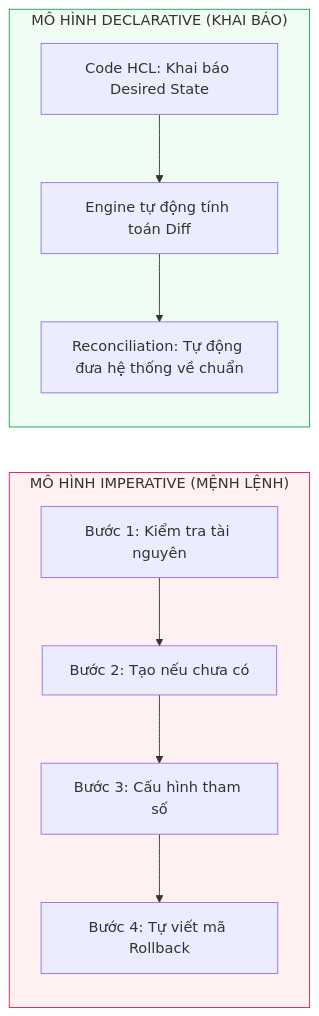
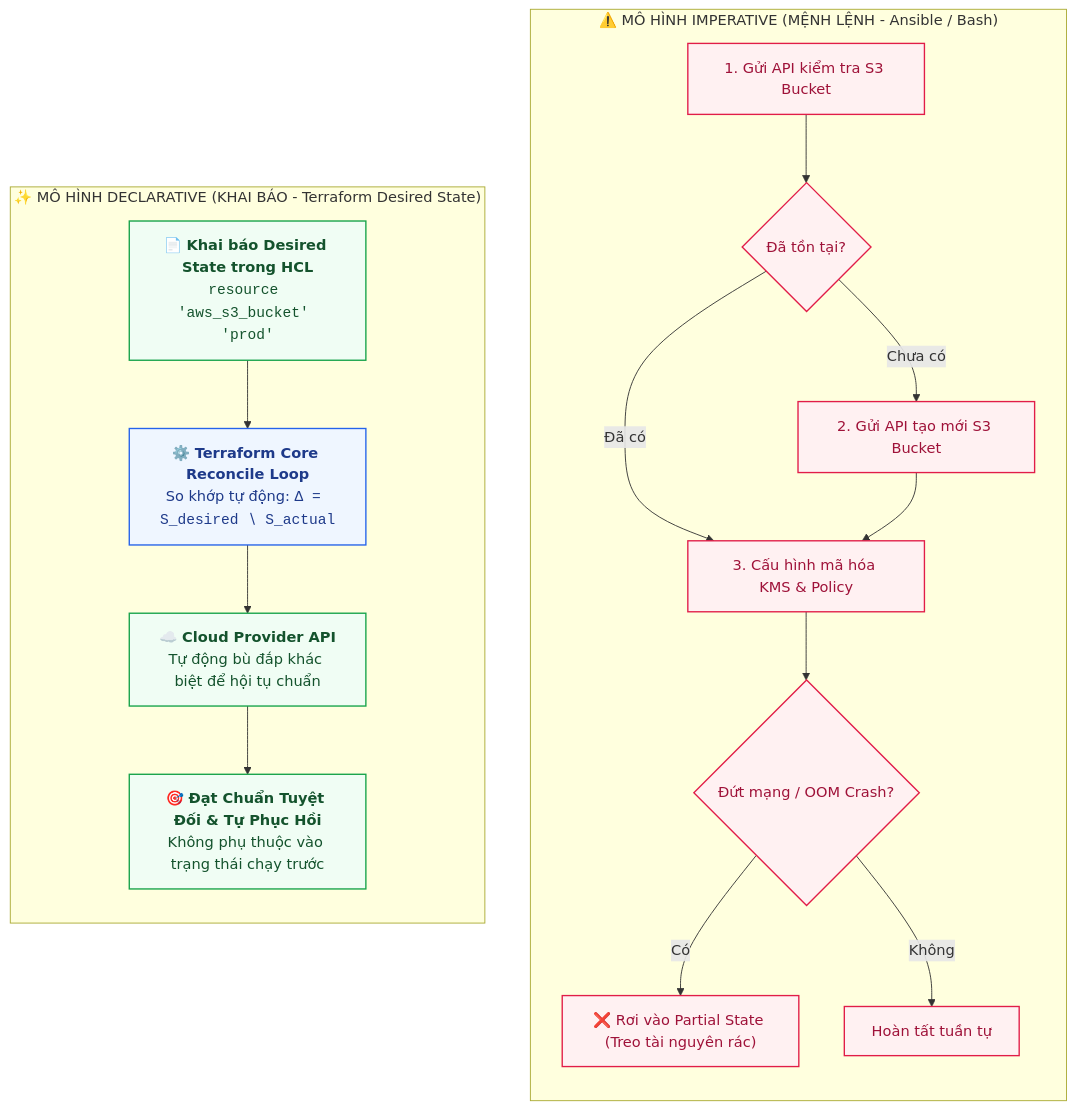
Before and after one commit to kiennt308/ntk: the first of 3 diagrams in _posts/2026-09-13-terraform-01-01-tu-duy-declarative-iac-so-sanh-thuc-chien-terraform-ansible-pulumi.md, drawn with Mermaid. The commit also changed other lines of this file and 2 other files, not shown here.

Commit message:
fix(post-01): enhance mermaid diagrams, fix alert boxes, responsive matrix table, and terminal log formatting

````diff
--- a/_posts/2026-09-13-terraform-01-01-tu-duy-declarative-iac-so-sanh-thuc-chien-terraform-ansible-pulumi.md
+++ b/_posts/2026-09-13-terraform-01-01-tu-duy-declarative-iac-so-sanh-thuc-chien-terraform-ansible-pulumi.md
@@ -35,18 +35,33 @@
 ```mermaid
-flowchart LR
-    subgraph IMP["MÔ HÌNH IMPERATIVE (MỆNH LỆNH)"]
+flowchart TB
+    subgraph IMP["⚠️ MÔ HÌNH IMPERATIVE (MỆNH LỆNH - Ansible / Bash)"]
         direction TB
-        I1["Bước 1: Kiểm tra tài nguyên"] --> I2["Bước 2: Tạo nếu chưa có"]
-        I2 --> I3["Bước 3: Cấu hình tham số"]
-        I3 --> I4["Bước 4: Tự viết mã Rollback"]
+        I1["1. Gửi API kiểm tra S3 Bucket"] --> I2{"Đã tồn tại?"}
+        I2 -- "Chưa có" --> I3["2. Gửi API tạo mới S3 Bucket"]
+        I2 -- "Đã có" --> I4["3. Cấu hình mã hóa KMS & Policy"]
+        I3 --> I4
+        I4 --> I5{"Đứt mạng / OOM Crash?"}
+        I5 -- "Có" --> I_ERR["❌ Rơi vào Partial State (Treo tài nguyên rác)"]
+        I5 -- "Không" --> I_OK["Hoàn tất tuần tự"]
     end
 
-    subgraph DEC["MÔ HÌNH DECLARATIVE (KHAI BÁO)"]
+    subgraph DEC["✨ MÔ HÌNH DECLARATIVE (KHAI BÁO - Terraform Desired State)"]
         direction TB
-        D1["Code HCL: Khai báo Desired State"] --> D2["Engine tự động tính toán Diff"]
-        D2 --> D3["Reconciliation: Tự động đưa hệ thống về chuẩn"]
+        D1["📄 <b>Khai báo Desired State trong HCL</b><br/><code>resource 'aws_s3_bucket' 'prod'</code>"]
+        D2["⚙️ <b>Terraform Core Reconcile Loop</b><br/>So khớp tự động: <code>Δ = S_desired ∖ S_actual</code>"]
+        D3["☁️ <b>Cloud Provider API</b><br/>Tự động bù đắp khác biệt để hội tụ chuẩn"]
+        D4["🎯 <b>Đạt Chuẩn Tuyệt Đối & Tự Phục Hồi</b><br/>Không phụ thuộc vào trạng thái chạy trước"]
+
+        D1 --> D2
+        D2 --> D3
+        D3 --> D4
     end
 
-    style IMP fill:#fff1f2,stroke:#e11d48,stroke-width:1px
-    style DEC fill:#f0fdf4,stroke:#16a34a,stroke-width:1px
+    classDef impNode fill:#fff1f2,stroke:#e11d48,stroke-width:1.5px,color:#9f1239
+    classDef decNode fill:#f0fdf4,stroke:#16a34a,stroke-width:1.5px,color:#14532d
+    classDef coreNode fill:#eff6ff,stroke:#2563eb,stroke-width:1.5px,color:#1e3a8a
+
+    class I1,I2,I3,I4,I5,I_ERR,I_OK impNode
+    class D1,D3,D4 decNode
+    class D2 coreNode
 ```
````
